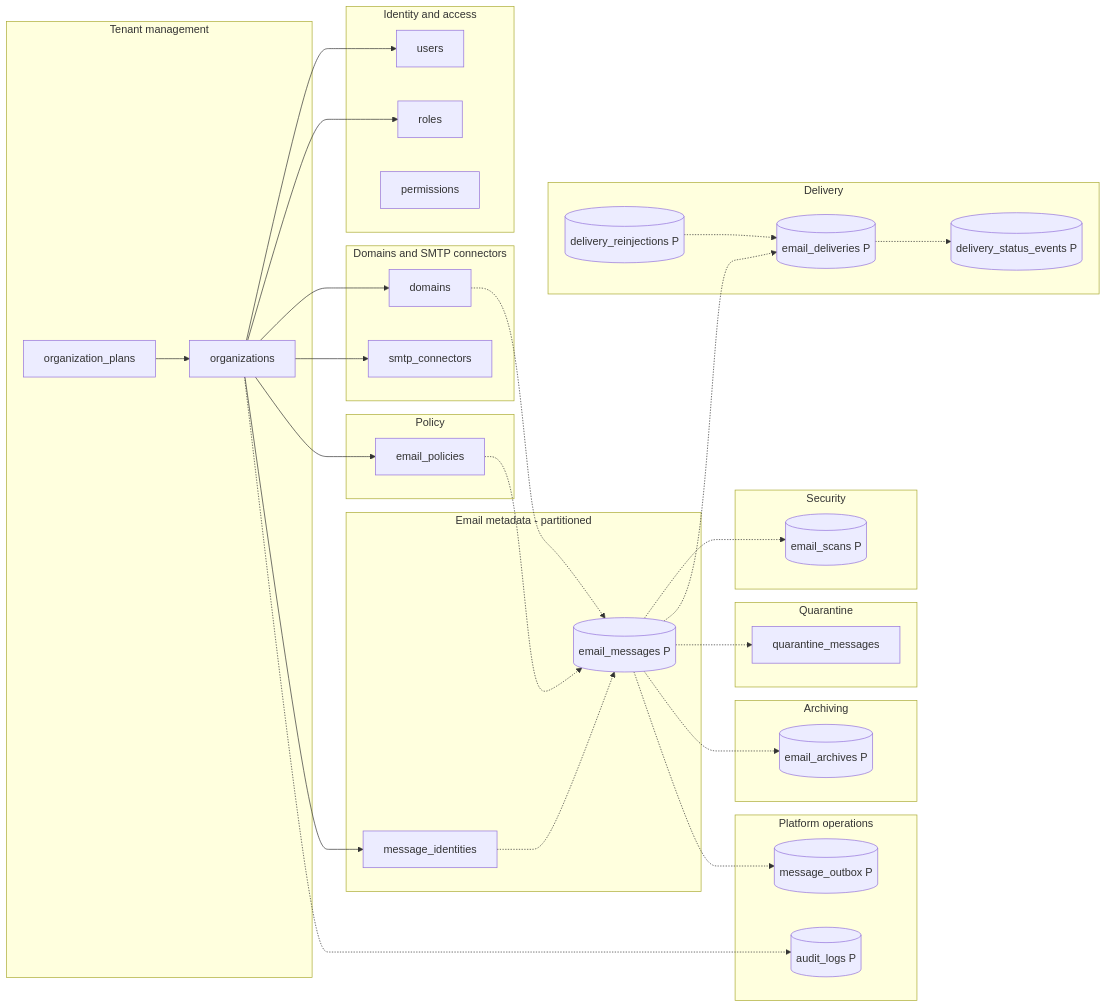
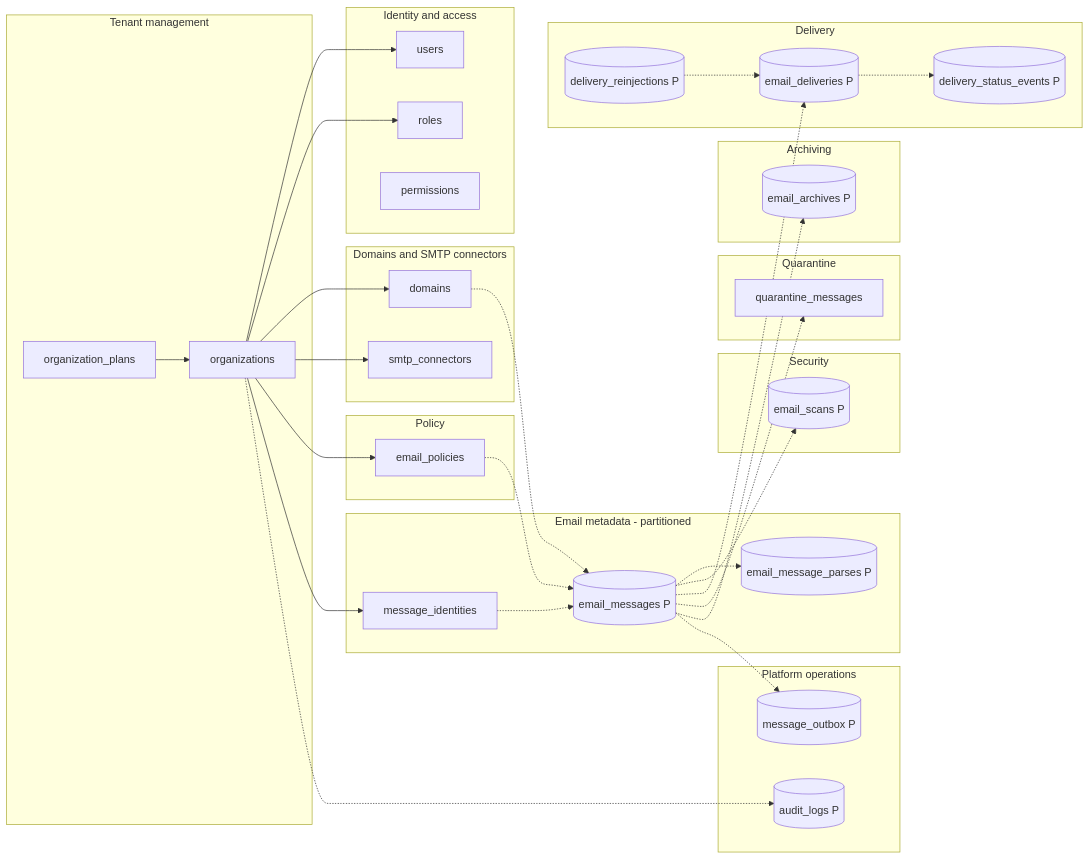
The first of 11 diagrams in docs/database/er-diagram.md (mnnitsarvesh-ai/email-gateway), drawn with Mermaid before and after one commit. The commit also changed other lines of this file and 189 other files, not shown here.

````diff
--- a/docs/database/er-diagram.md
+++ b/docs/database/er-diagram.md
@@ -14,59 +14,61 @@
 ```mermaid
 flowchart LR
   subgraph tenant[Tenant management]
     organizations
     organization_plans
   end
   subgraph iam[Identity and access]
     users
     roles
     permissions
   end
   subgraph domain[Domains and SMTP connectors]
     domains
     smtp_connectors
   end
   subgraph mail[Email metadata - partitioned]
     message_identities
     email_messages[(email_messages P)]
+    email_message_parses[(email_message_parses P)]
   end
   subgraph security[Security]
     email_scans[(email_scans P)]
   end
   subgraph policy[Policy]
     email_policies
   end
   subgraph delivery[Delivery]
     email_deliveries[(email_deliveries P)]
     delivery_reinjections[(delivery_reinjections P)]
     delivery_status_events[(delivery_status_events P)]
   end
   subgraph quarantine[Quarantine]
     quarantine_messages
   end
   subgraph archive[Archiving]
     email_archives[(email_archives P)]
   end
   subgraph ops[Platform operations]
     message_outbox[(message_outbox P)]
     audit_logs[(audit_logs P)]
   end
   organization_plans --> organizations
   organizations --> users
   organizations --> roles
   organizations --> domains
   organizations --> smtp_connectors
   organizations --> email_policies
   organizations --> message_identities
   message_identities -.-> email_messages
   domains -.-> email_messages
+  email_messages -.-> email_message_parses
   email_messages -.-> email_scans
   email_messages -.-> email_deliveries
   delivery_reinjections -.-> email_deliveries
   email_deliveries -.-> delivery_status_events
   email_messages -.-> quarantine_messages
   email_messages -.-> email_archives
   email_messages -.-> message_outbox
   email_policies -.-> email_messages
   organizations -.-> audit_logs
 ```
````
